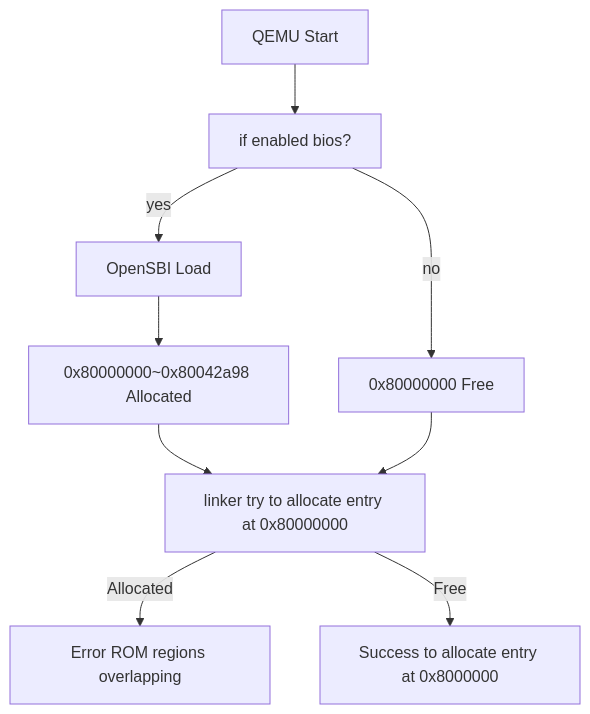
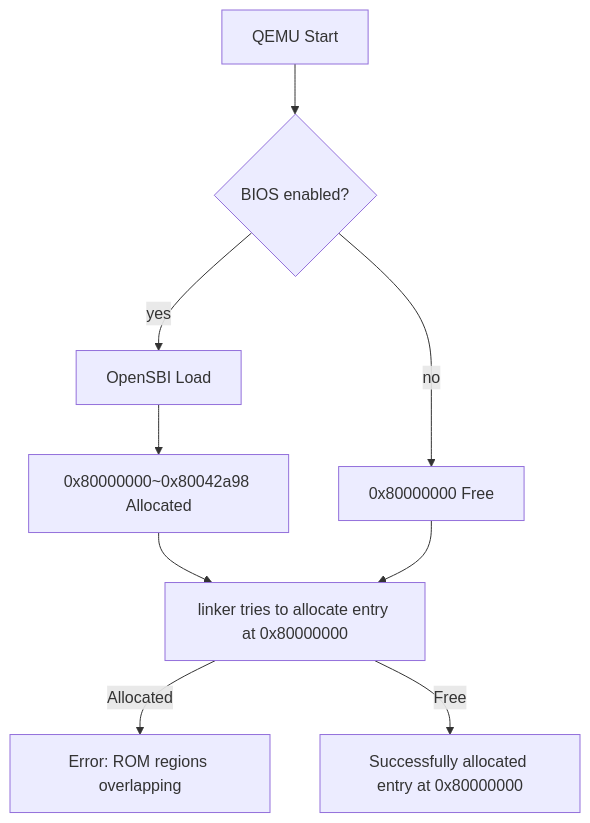
One commit to warwick320/sion-aarch64 changed the diagram in README.md. Above: the diagram before and after it, drawn with Mermaid. The commit also changed other lines of this file, not shown here.

````diff
--- a/README.md
+++ b/README.md
@@ -8,11 +27,11 @@
 ```mermaid
 flowchart TD
-A[QEMU Start] --> B[if enabled bios?];
+A[QEMU Start] --> B{BIOS enabled?};
 B -- yes --> C[OpenSBI Load];
 C --> E[0x80000000~0x80042a98 Allocated];
-E --> F[linker try to allocate entry at 0x80000000];
+E --> F[linker tries to allocate entry at 0x80000000];
 B -- no --> D[0x80000000 Free];
 D --> F;
-F -- Allocated --> G[Error ROM regions overlapping]
-F -- Free --> H[Success to allocate entry at 0x8000000]
+F -- Allocated --> G[Error: ROM regions overlapping]
+F -- Free --> H[Successfully allocated entry at 0x80000000]
 ```
````
